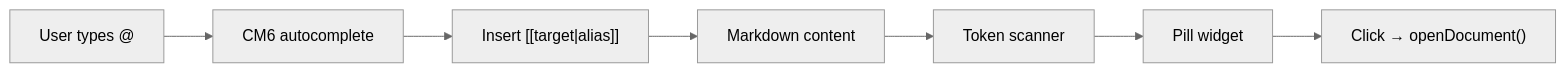
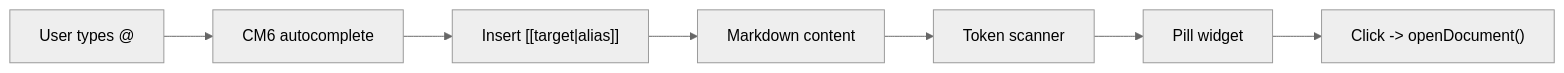
Before and after one commit to haowjy/meridian-flow: the diagram in _docs/plans/fb-wikilinks-and-internal-links.md, drawn with Mermaid (neutral theme). The commit also changed other lines of this file and 132 other files, not shown here.

````diff
--- a/_docs/plans/fb-wikilinks-and-internal-links.md
+++ b/_docs/plans/fb-wikilinks-and-internal-links.md
@@ -78,9 +78,9 @@
 ```mermaid
 flowchart LR
   User["User types @"] --> CM["CM6 autocomplete"]
   CM --> Insert["Insert [[target|alias]]"]
   Insert --> Doc["Markdown content"]
   Doc --> Scan["Token scanner"]
   Scan --> Deco["Pill widget"]
-  Deco --> Click["Click → openDocument()"]
+  Deco --> Click["Click -> openDocument()"]
 ```
````
